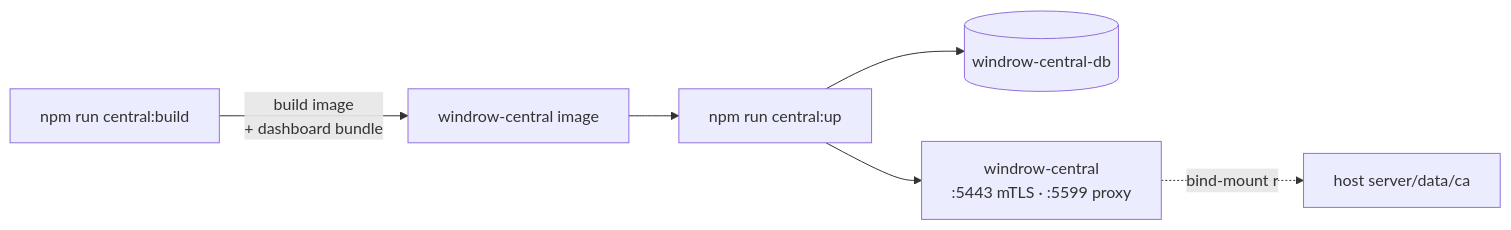
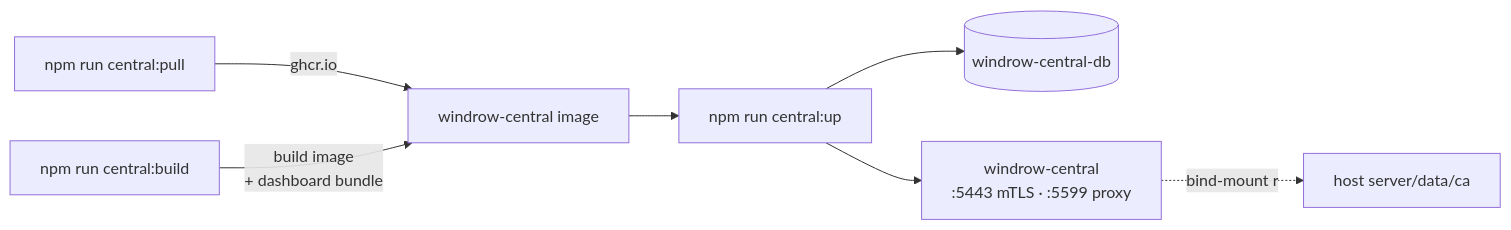
One commit to ejbrahms/Windrow changed the second of 3 diagrams in docs/setup.md. Above: the diagram before and after it, drawn with Mermaid. The commit also changed other lines of this file and 4 other files, not shown here.

First line of the commit message:
Publish the central image to GHCR and make pulling it the default install path

````diff
--- a/docs/setup.md
+++ b/docs/setup.md
@@ -170,8 +170,9 @@
 ```mermaid
 flowchart LR
-  B[npm run central:build] -->|build image<br/>+ dashboard bundle| I[windrow-central image]
+  P[npm run central:pull] -->|ghcr.io| I[windrow-central image]
+  B[npm run central:build] -->|build image<br/>+ dashboard bundle| I
   I --> U[npm run central:up]
   U --> PG[(windrow-central-db)]
   U --> C[windrow-central<br/>:5443 mTLS · :5599 proxy]
   C -.bind-mount ro.-> CA[host server/data/ca]
 ```
````
